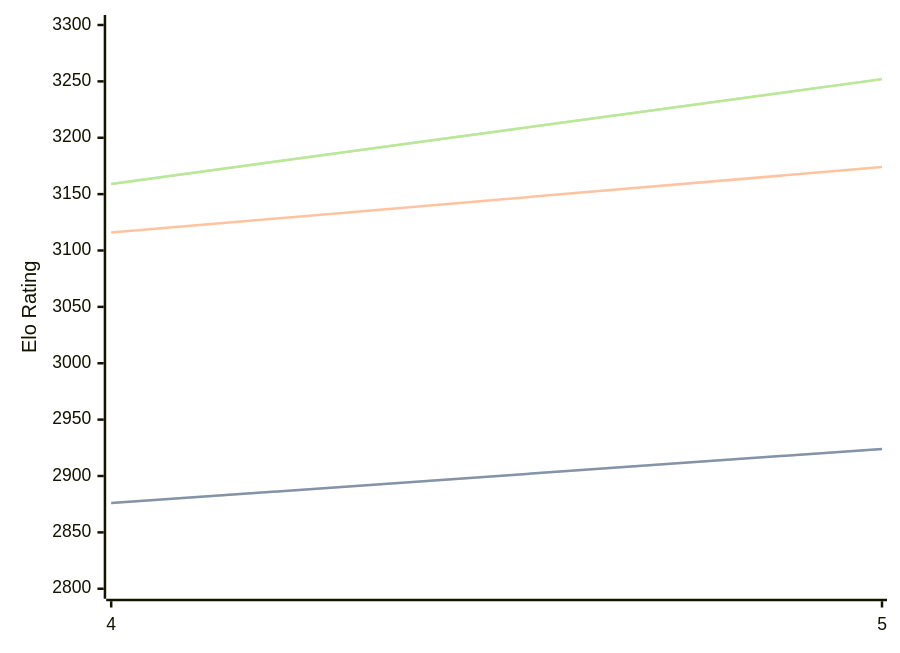
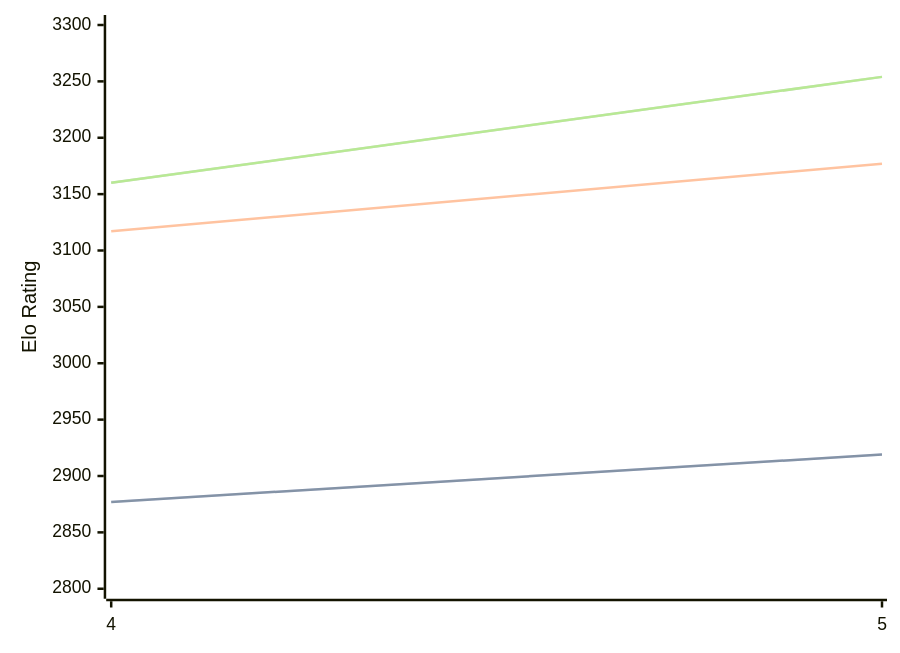
The diagram in engines/Cwtch.md (computer-chess-index/cci), drawn with Mermaid before and after one commit. The commit also changed other lines of this file, not shown here.

Commit message:
Update CCI Ratings (ELO VLTC) - 2026-04-11

````diff
--- a/engines/Cwtch.md
+++ b/engines/Cwtch.md
@@ -34,11 +34,11 @@
 ```mermaid
 %%{init: {"theme":"base","themeVariables":{"seriesColors:['#a3a3a3','#222221','#faa371']}}}%%
 xychart-beta
   x-axis ["4", "5"]
   y-axis "Elo Rating" 2800 --> 3300
-  line "STC (8.0+0.08s)" [2876, 2924]
-  line "STC (8.0+0.08s)" [2876, 2924]
-  line "LTC (60.0+0.60s)" [3116, 3174]
-  line "VLTC (2m24s+1.12s)" [3159, 3252]
-  line "VLTC (2m24s+1.12s)" [3159, 3252]
+  line "STC (8.0+0.08s)" [2877, 2919]
+  line "STC (8.0+0.08s)" [2877, 2919]
+  line "LTC (60.0+0.60s)" [3117, 3177]
+  line "VLTC (2m24s+1.12s)" [3160, 3254]
+  line "VLTC (2m24s+1.12s)" [3160, 3254]
 ```
````
